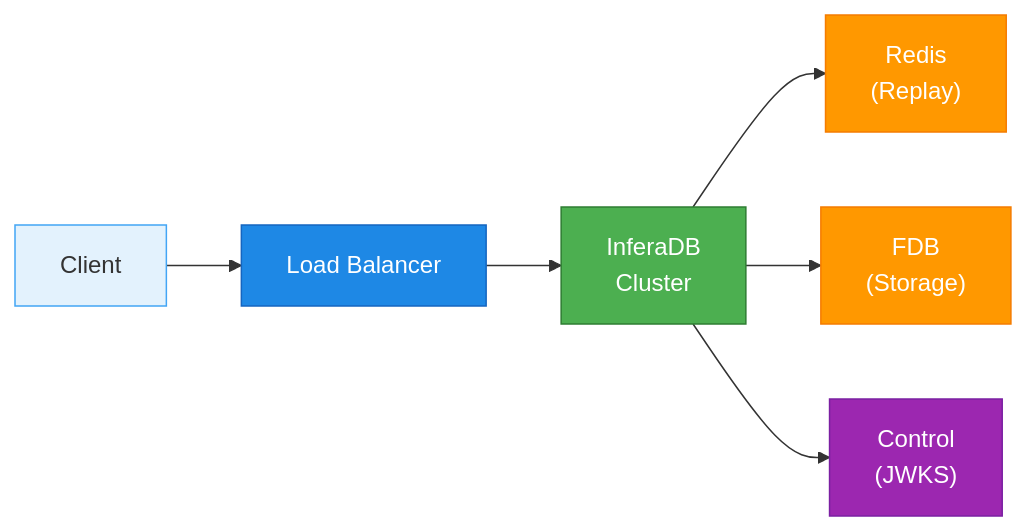
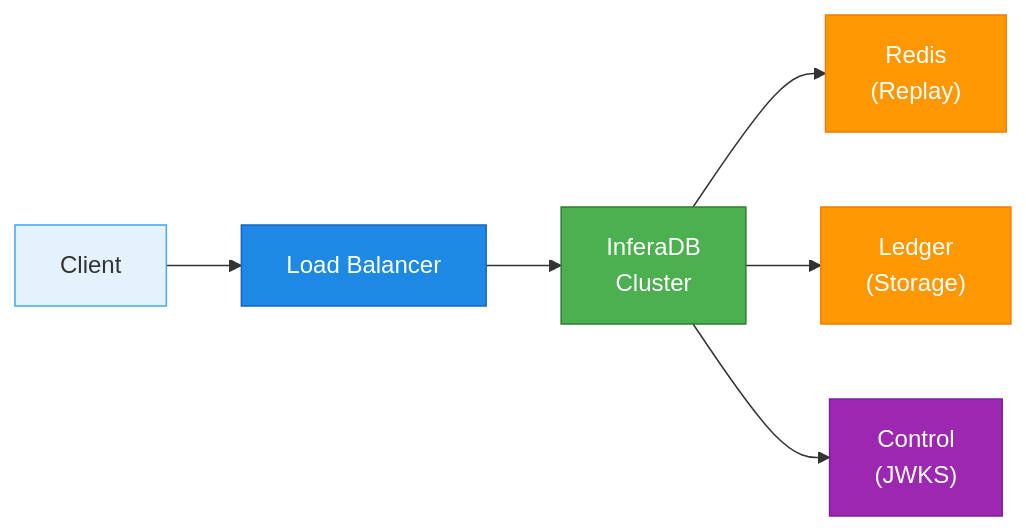
The diagram in docs/guides/deployment.md (inferadb/engine), drawn with Mermaid before and after one commit. The commit also changed other lines of this file and 85 other files, not shown here.

Commit message:
improve: fdb → ledger

````diff
--- a/docs/guides/deployment.md
+++ b/docs/guides/deployment.md
@@ -30,16 +30,16 @@
 ```mermaid
 flowchart LR
     CLIENT["Client"] --> LB["Load Balancer"]
     LB --> CLUSTER["InferaDB<br/>Cluster"]
 
     CLUSTER --> REDIS["Redis<br/>(Replay)"]
-    CLUSTER --> FDB["FDB<br/>(Storage)"]
+    CLUSTER --> Ledger["Ledger<br/>(Storage)"]
     CLUSTER --> CONTROL["Control<br/>(JWKS)"]
 
     style CLIENT fill:#E3F2FD,stroke:#42A5F5
     style LB fill:#1E88E5,stroke:#1565C0,color:#fff
     style CLUSTER fill:#4CAF50,stroke:#2E7D32,color:#fff
     style REDIS fill:#FF9800,stroke:#F57C00,color:#fff
-    style FDB fill:#FF9800,stroke:#F57C00,color:#fff
+    style Ledger fill:#FF9800,stroke:#F57C00,color:#fff
     style CONTROL fill:#9C27B0,stroke:#7B1FA2,color:#fff
 ```
````
